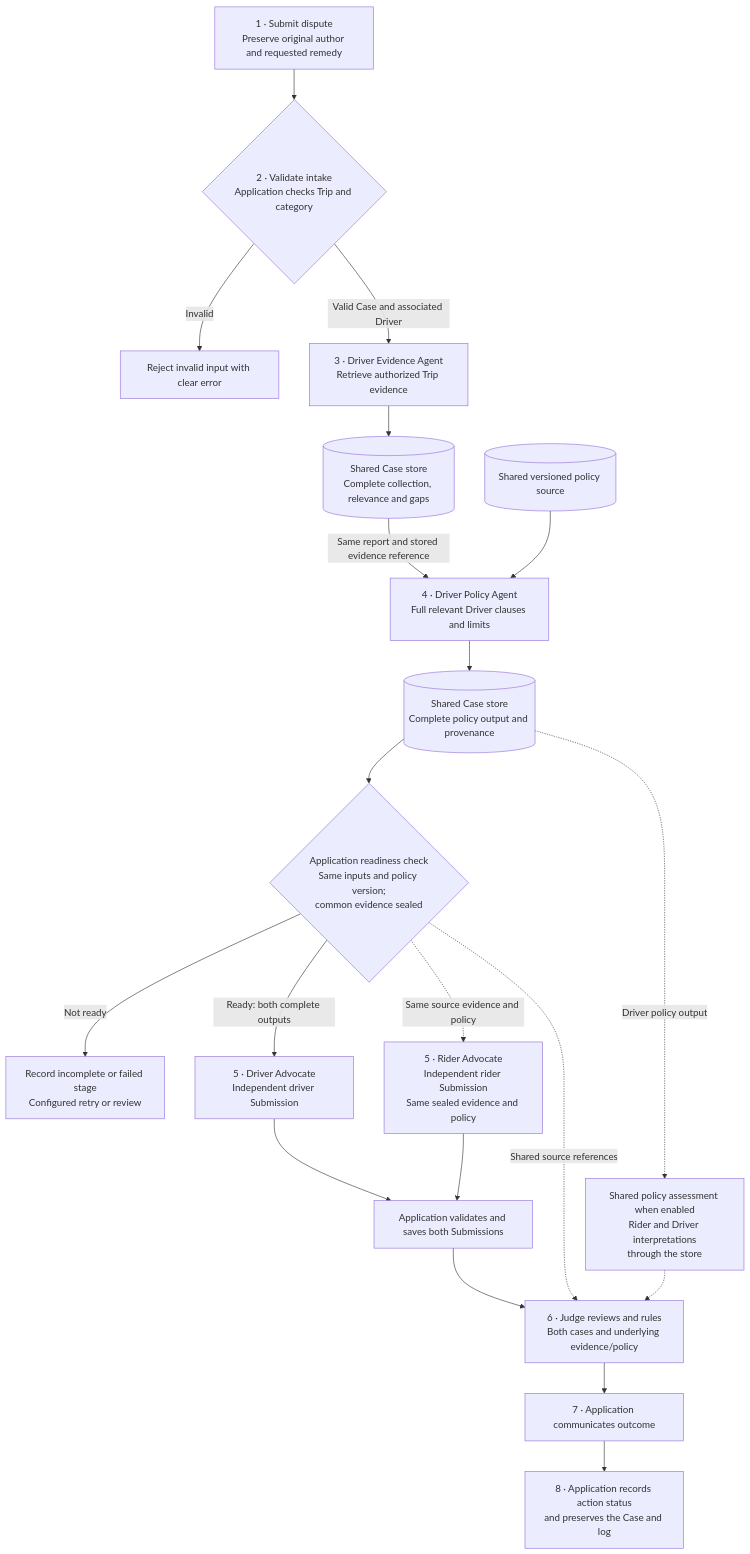
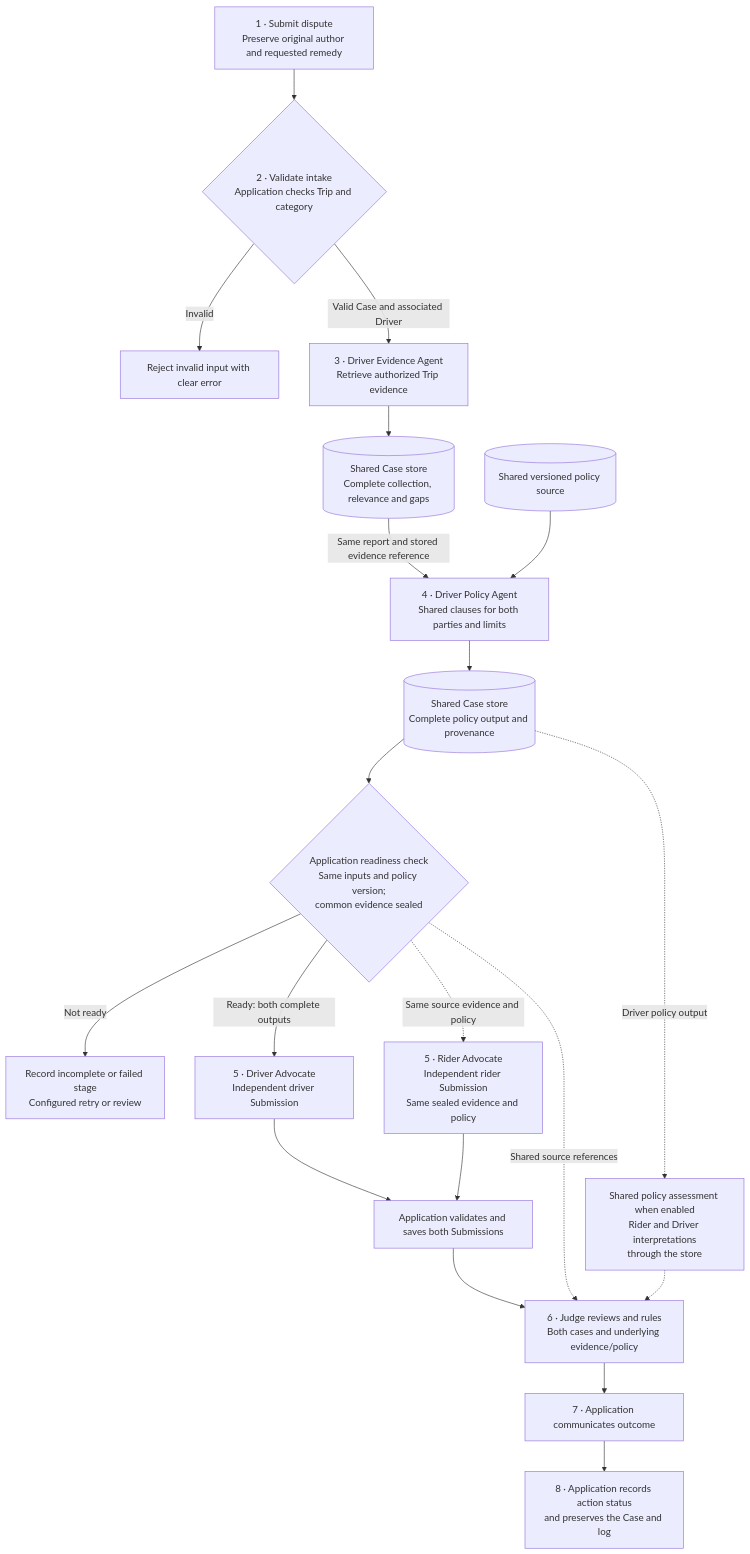
Before and after one commit to Bread04/Tencent-AI-Cloud-Hackathon: the diagram in src/agents/advocates/driver-advocate.md, drawn with Mermaid. The commit also changed other lines of this file and 42 other files, not shown here.

````diff
--- a/src/agents/advocates/driver-advocate.md
+++ b/src/agents/advocates/driver-advocate.md
@@ -39,25 +47,25 @@
 ```mermaid
 flowchart TB
     FILE["1 · Submit dispute<br/>Preserve original author and requested remedy"]
     VALID{"2 · Validate intake<br/>Application checks Trip and category"}
     REJECT["Reject invalid input with clear error"]
     FILE --> VALID
     VALID -->|Invalid| REJECT
     VALID -->|Valid Case and associated Driver| DE["3 · Driver Evidence Agent<br/>Retrieve authorized Trip evidence"]
     DE --> ES[("Shared Case store<br/>Complete collection, relevance and gaps")]
-    ES -->|Same report and stored evidence reference| DP["4 · Driver Policy Agent<br/>Full relevant Driver clauses and limits"]
+    ES -->|Same report and stored evidence reference| DP["4 · Driver Policy Agent<br/>Shared clauses for both parties and limits"]
     SOURCE[("Shared versioned policy source")] --> DP
     DP --> PS[("Shared Case store<br/>Complete policy output and provenance")]
     PS --> READY{"Application readiness check<br/>Same inputs and policy version;<br/>common evidence sealed"}
     READY -->|Not ready| HOLD["Record incomplete or failed stage<br/>Configured retry or review"]
     READY -->|Ready: both complete outputs| DA["5 · Driver Advocate<br/>Independent driver Submission"]
     RIDER["5 · Rider Advocate<br/>Independent rider Submission<br/>Same sealed evidence and policy"] --> SAVE
     DA --> SAVE["Application validates and saves both Submissions"]
     READY -.->|Same source evidence and policy| RIDER
     PS -.->|Driver policy output| SP["Shared policy assessment when enabled<br/>Rider and Driver interpretations<br/>through the store"]
     SAVE --> J["6 · Judge reviews and rules<br/>Both cases and underlying evidence/policy"]
     SP -.-> J
     READY -.->|Shared source references| J
     J --> NOTIFY["7 · Application communicates outcome"]
     NOTIFY --> CLOSE["8 · Application records action status<br/>and preserves the Case and log"]
 ```
````
